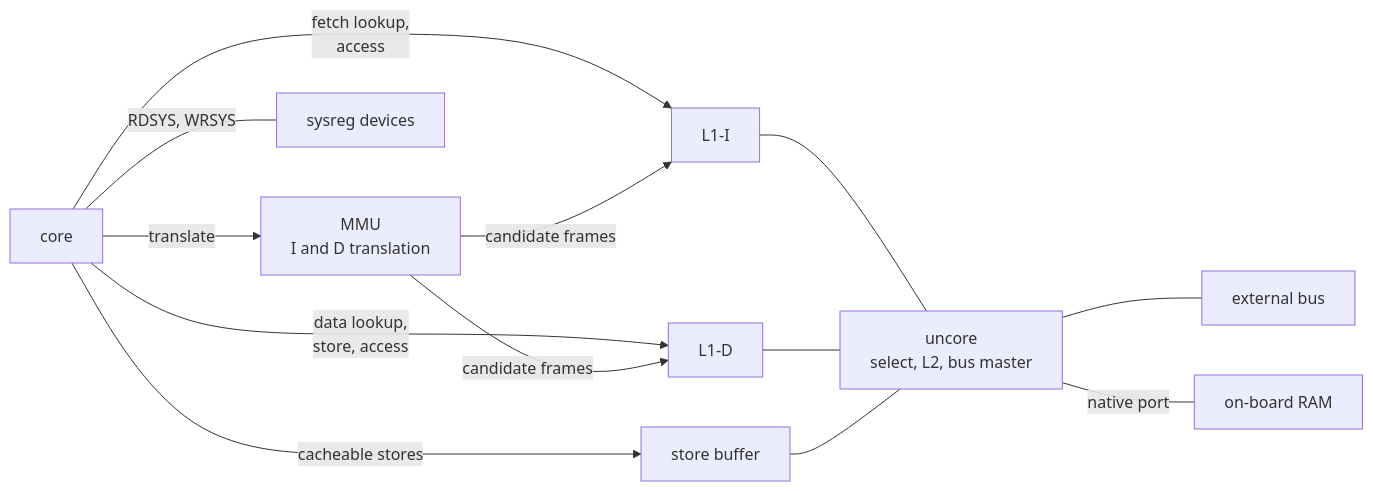
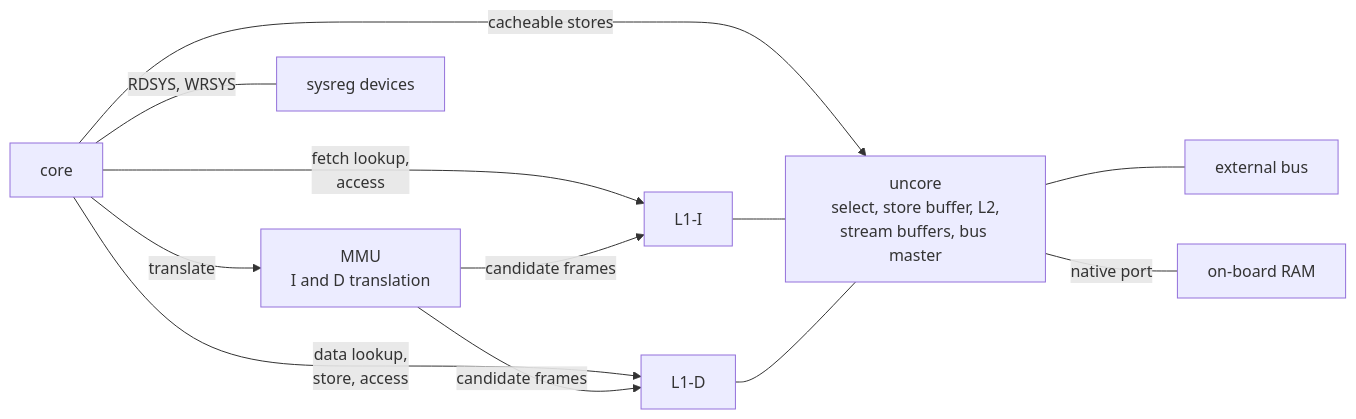
Before and after one commit to lonemeow/penumbra-minicomputer: the first of 2 diagrams in doc/internals/penumbra4/structure.md, drawn with Mermaid. The commit also changed other lines of this file and 1 other file, not shown here.

````diff
--- a/doc/internals/penumbra4/structure.md
+++ b/doc/internals/penumbra4/structure.md
@@ -60,24 +66,22 @@
 ```mermaid
 graph LR
     CORE["core"]
     MMU["MMU<br/>I and D translation"]
     L1I["L1-I"]
     L1D["L1-D"]
-    SB["store buffer"]
-    UC["uncore<br/>select, L2, bus master"]
+    UC["uncore<br/>select, store buffer, L2,<br/>stream buffers, bus master"]
     DEV["sysreg devices"]
     BUS["external bus"]
     RAM["on-board RAM"]
     CORE -->|"fetch lookup,<br/>access"| L1I
     CORE -->|"data lookup,<br/>store, access"| L1D
     CORE -->|"translate"| MMU
     MMU -->|"candidate frames"| L1I
     MMU -->|"candidate frames"| L1D
-    CORE -->|"cacheable stores"| SB
+    CORE -->|"cacheable stores"| UC
     L1I --- UC
     L1D --- UC
-    SB --- UC
     UC --- BUS
     UC ---|"native port"| RAM
     CORE ---|"RDSYS, WRSYS"| DEV
 ```
````
